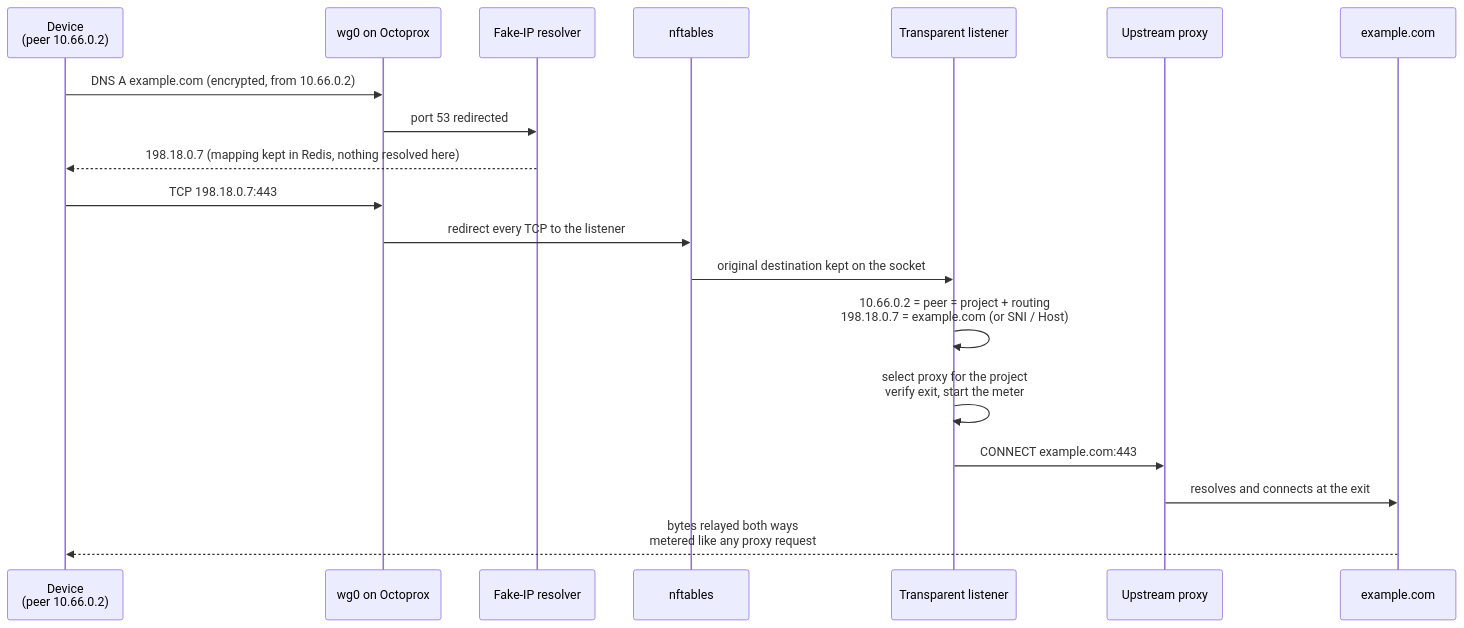
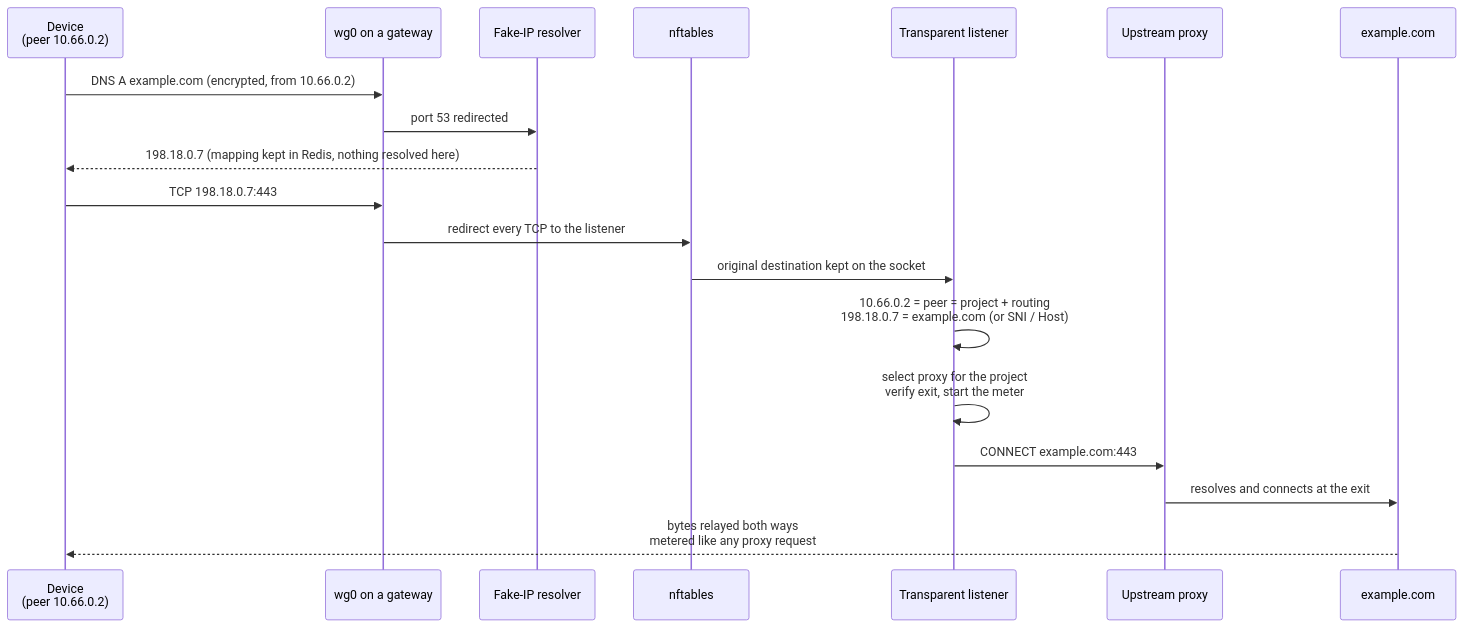
One commit to octoprox/octoprox changed the first of 3 diagrams in docs/wireguard.md. Above: the diagram before and after it, drawn with Mermaid. The commit also changed other lines of this file and 467 other files, not shown here.

````diff
--- a/docs/wireguard.md
+++ b/docs/wireguard.md
@@ -20,22 +20,22 @@
 ```mermaid
 sequenceDiagram
     participant D as Device<br/>(peer 10.66.0.2)
-    participant WG as wg0 on Octoprox
+    participant WG as wg0 on a gateway
     participant DNS as Fake-IP resolver
     participant NFT as nftables
     participant T as Transparent listener
     participant U as Upstream proxy
     participant O as example.com
 
     D->>WG: DNS A example.com (encrypted, from 10.66.0.2)
     WG->>DNS: port 53 redirected
     DNS-->>D: 198.18.0.7 (mapping kept in Redis, nothing resolved here)
     D->>WG: TCP 198.18.0.7:443
     WG->>NFT: redirect every TCP to the listener
     NFT->>T: original destination kept on the socket
     T->>T: 10.66.0.2 = peer = project + routing<br/>198.18.0.7 = example.com (or SNI / Host)
     T->>T: select proxy for the project<br/>verify exit, start the meter
     T->>U: CONNECT example.com:443
     U->>O: resolves and connects at the exit
     O-->>D: bytes relayed both ways<br/>metered like any proxy request
 ```
````
